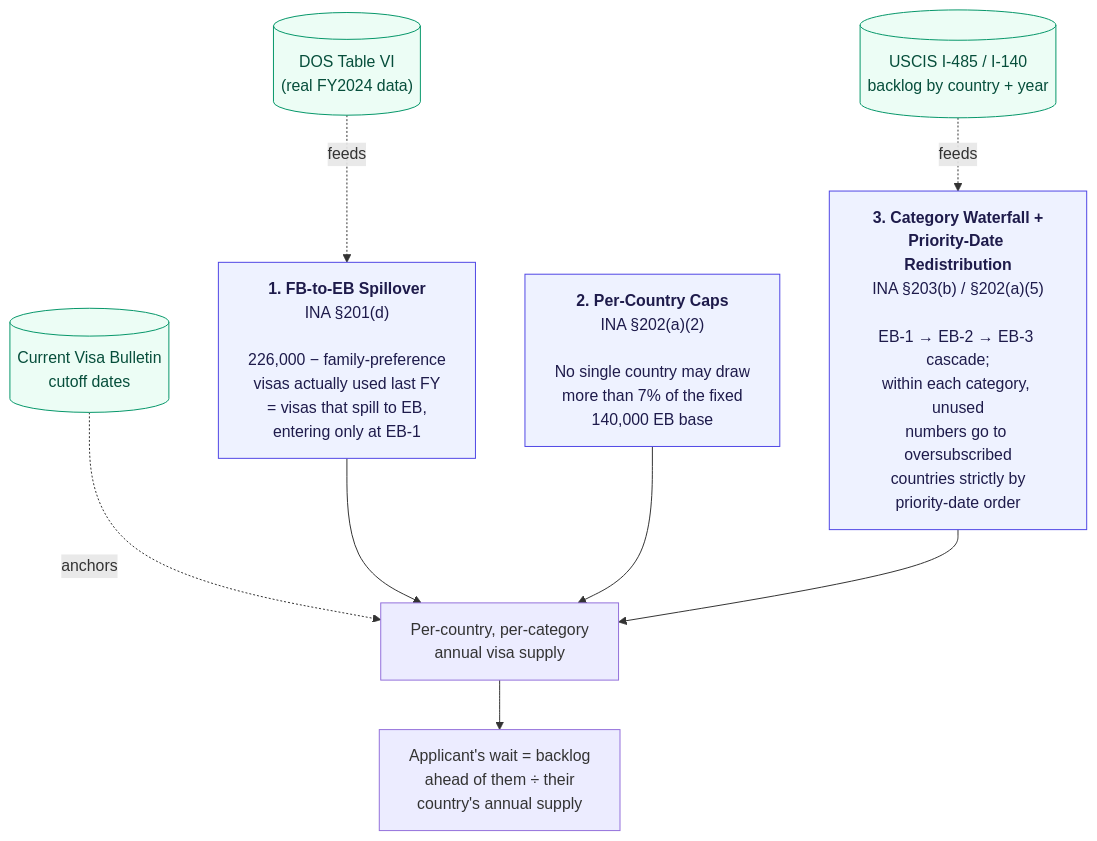
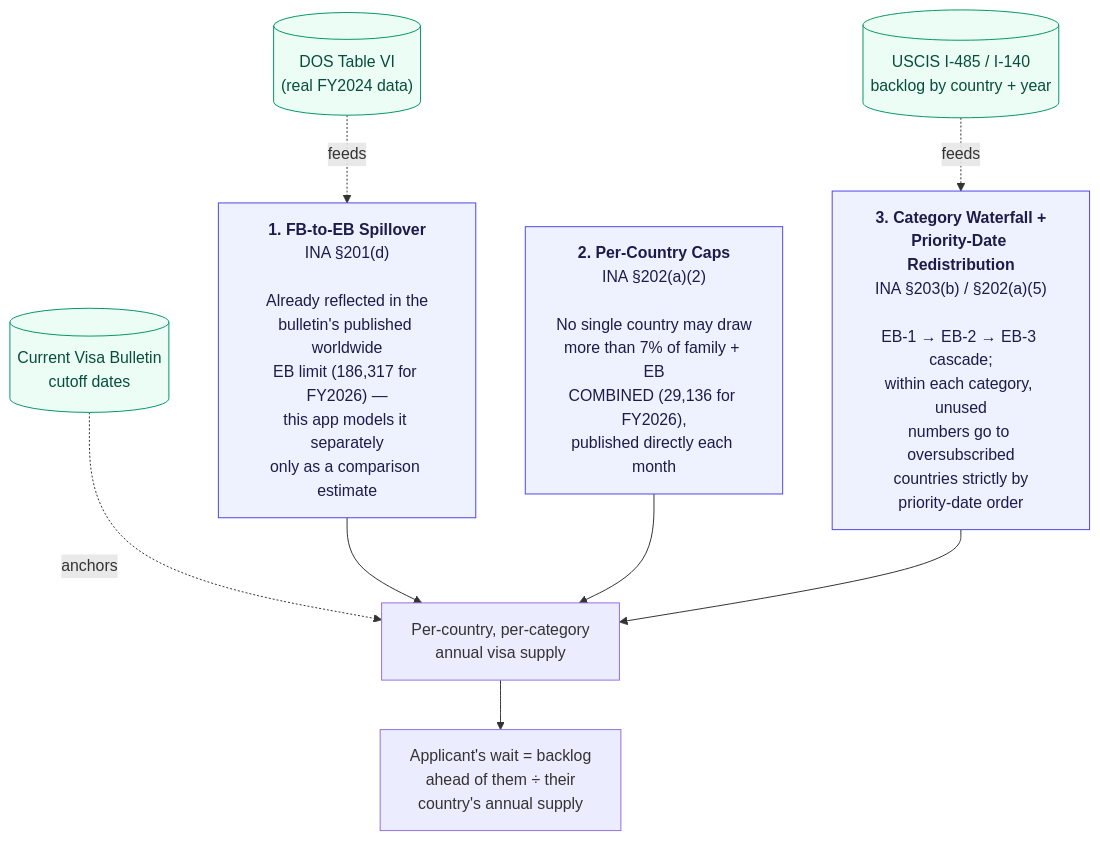
The first of 7 diagrams in README.md (sharathandroid/GreenCardPredictor), drawn with Mermaid before and after one commit. The commit also changed other lines of this file and 5 other files, not shown here.

````diff
--- a/README.md
+++ b/README.md
@@ -50,22 +50,22 @@
 ```mermaid
 flowchart TB
     classDef statute fill:#eef2ff,stroke:#4f46e5,stroke-width:1px,color:#1e1b4b
     classDef data fill:#ecfdf5,stroke:#059669,stroke-width:1px,color:#064e3b
 
-    A["<b>1. FB-to-EB Spillover</b><br/>INA §201(d)<br/><br/>226,000 − family-preference<br/>visas actually used last FY<br/>= visas that spill to EB,<br/>entering only at EB-1"]:::statute
-    B["<b>2. Per-Country Caps</b><br/>INA §202(a)(2)<br/><br/>No single country may draw<br/>more than 7% of the fixed<br/>140,000 EB base"]:::statute
+    A["<b>1. FB-to-EB Spillover</b><br/>INA §201(d)<br/><br/>Already reflected in the<br/>bulletin's published worldwide<br/>EB limit (186,317 for FY2026) —<br/>this app models it separately<br/>only as a comparison estimate"]:::statute
+    B["<b>2. Per-Country Caps</b><br/>INA §202(a)(2)<br/><br/>No single country may draw<br/>more than 7% of family + EB<br/>COMBINED (29,136 for FY2026),<br/>published directly each month"]:::statute
     C["<b>3. Category Waterfall +<br/>Priority-Date Redistribution</b><br/>INA §203(b) / §202(a)(5)<br/><br/>EB-1 → EB-2 → EB-3 cascade;<br/>within each category, unused<br/>numbers go to oversubscribed<br/>countries strictly by<br/>priority-date order"]:::statute
 
     D[("DOS Table VI<br/>(real FY2024 data)")]:::data
     E[("USCIS I-485 / I-140<br/>backlog by country + year")]:::data
     F[("Current Visa Bulletin<br/>cutoff dates")]:::data
 
     D -.feeds.-> A
     E -.feeds.-> C
     F -.anchors.-> G
 
     A --> G[Per-country, per-category<br/>annual visa supply]
     B --> G
     C --> G
     G --> H["Applicant's wait = backlog<br/>ahead of them ÷ their<br/>country's annual supply"]
 ```
````
